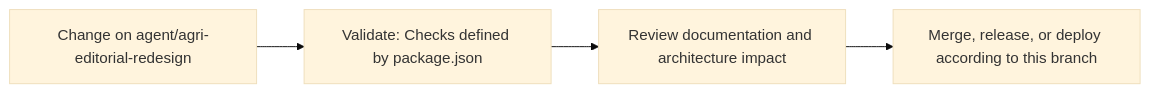
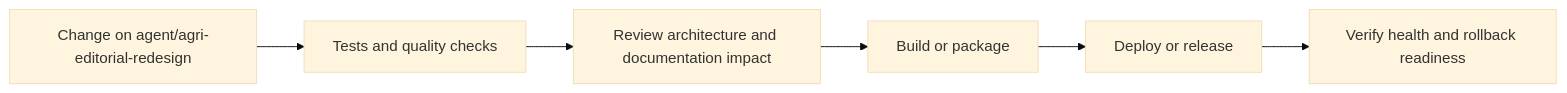
The fourth of 5 diagrams in README.md (Nischhalsubba/rismfp-ui), drawn with Mermaid (base theme) before and after one commit. The commit also changed other lines of this file, not shown here.

````diff
--- a/README.md
+++ b/README.md
@@ -70,8 +136,8 @@
 ```mermaid
 flowchart LR
-    CHANGE["Change on agent/agri-editorial-redesign"]
-    CHECK["Validate: Checks defined by package.json"]
-    REVIEW["Review documentation and architecture impact"]
-    RELEASE["Merge, release, or deploy according to this branch"]
-    CHANGE --> CHECK --> REVIEW --> RELEASE
+    CHANGE["Change on agent/agri-editorial-redesign"] --> CHECK["Tests and quality checks"]
+    CHECK --> REVIEW["Review architecture and documentation impact"]
+    REVIEW --> BUILD["Build or package"]
+    BUILD --> DEPLOY["Deploy or release"]
+    DEPLOY --> VERIFY["Verify health and rollback readiness"]
 ```
````
